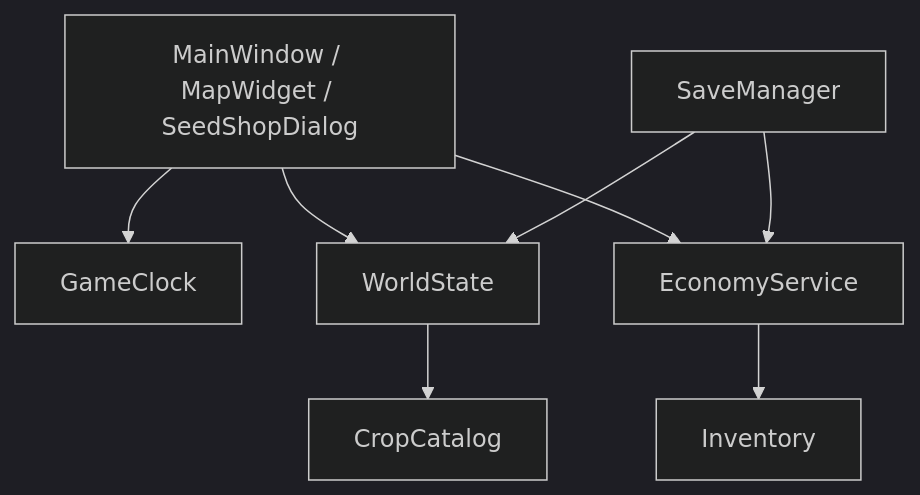
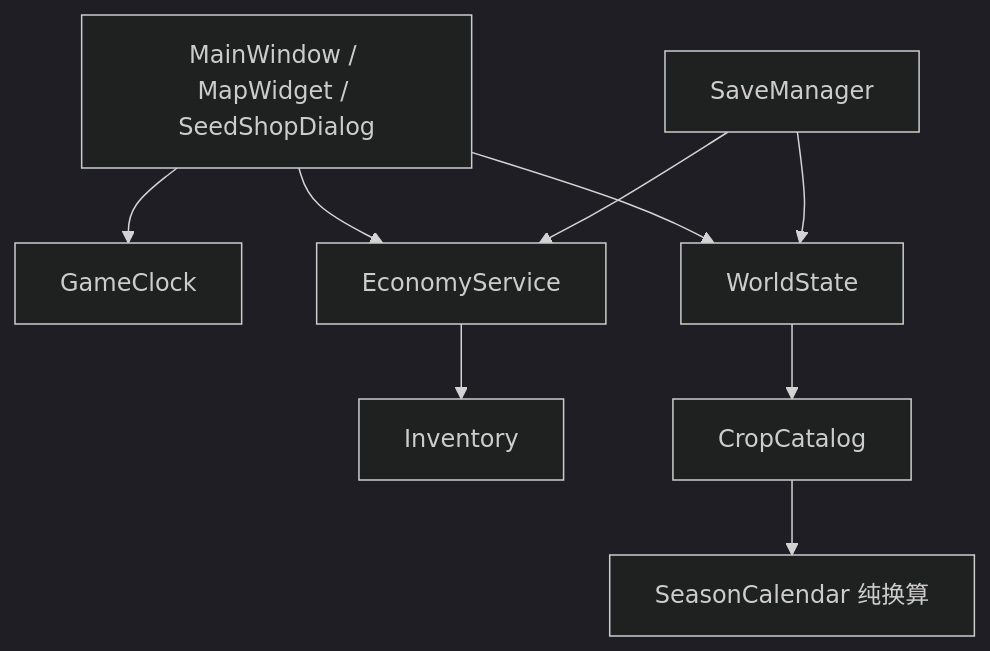
Before and after one commit to semiconductor007/Clover-Cog: the diagram in docs/ARCHITECTURE.md, drawn with Mermaid (dark theme). The commit also changed other lines of this file and 29 other files, not shown here.

````diff
--- a/docs/ARCHITECTURE.md
+++ b/docs/ARCHITECTURE.md
@@ -33,10 +34,11 @@
 ```mermaid
 flowchart TD
     UI[MainWindow / MapWidget / SeedShopDialog] --> Clock[GameClock]
     UI --> World[WorldState]
     UI --> Economy[EconomyService]
     Economy --> Inventory[Inventory]
     World --> Crop[CropCatalog]
+    Crop --> Season[SeasonCalendar 纯换算]
     Save[SaveManager] --> World
     Save --> Economy
 ```
````
